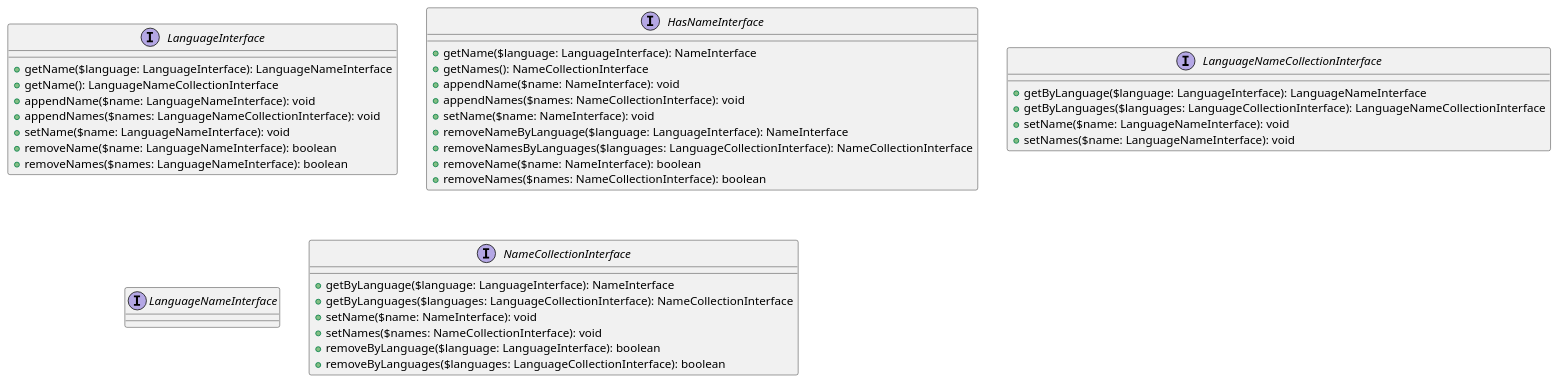
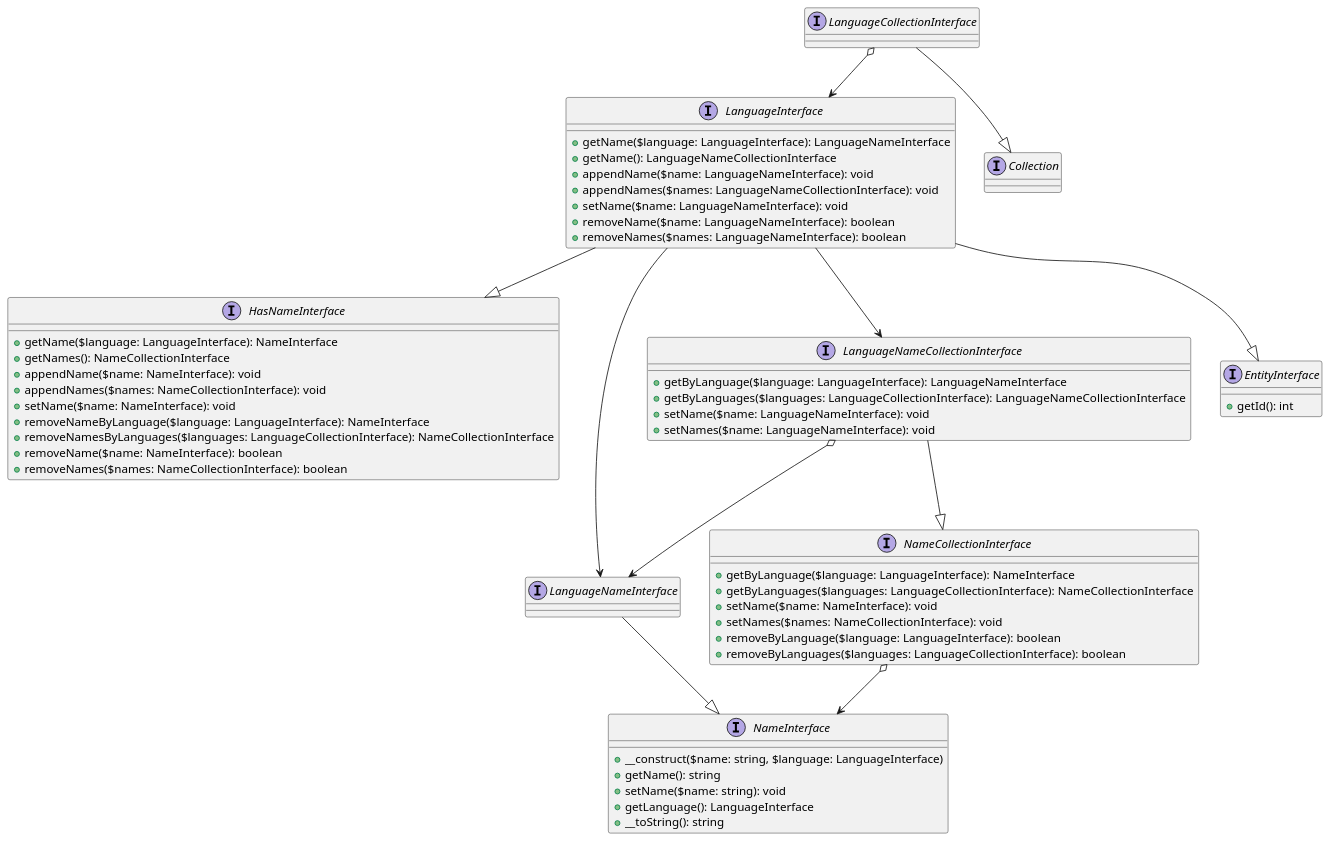
One commit to NUOCW/ocw-cms changed the diagram in doc/diagram/NUOCW/CoreBundle/Entity/Common/Language.puml. Above: the diagram before and after it, drawn with PlantUML.

Commit message:
前回に続きCommonのUML図をPlantUML化しました。

```diff
--- a/doc/diagram/NUOCW/CoreBundle/Entity/Common/Language.puml
+++ b/doc/diagram/NUOCW/CoreBundle/Entity/Common/Language.puml
@@ -1,45 +1,77 @@
 @startuml
 
 interface LanguageInterface{
     +getName($language: LanguageInterface): LanguageNameInterface
     +getName(): LanguageNameCollectionInterface
     +appendName($name: LanguageNameInterface): void
     +appendNames($names: LanguageNameCollectionInterface): void
     +setName($name: LanguageNameInterface): void
     +removeName($name: LanguageNameInterface): boolean
     +removeNames($names: LanguageNameInterface): boolean
 }
 
 interface HasNameInterface{
     +getName($language: LanguageInterface): NameInterface
     +getNames(): NameCollectionInterface
     +appendName($name: NameInterface): void
     +appendNames($names: NameCollectionInterface): void
     +setName($name: NameInterface): void
     +removeNameByLanguage($language: LanguageInterface): NameInterface
     +removeNamesByLanguages($languages: LanguageCollectionInterface): NameCollectionInterface
     +removeName($name: NameInterface): boolean
     +removeNames($names: NameCollectionInterface): boolean
 }
 
 interface LanguageNameCollectionInterface{
     +getByLanguage($language: LanguageInterface): LanguageNameInterface
     +getByLanguages($languages: LanguageCollectionInterface): LanguageNameCollectionInterface
     +setName($name: LanguageNameInterface): void
     +setNames($name: LanguageNameInterface): void
 }
 
 interface LanguageNameInterface{
 }
 
 interface NameCollectionInterface{
     +getByLanguage($language: LanguageInterface): NameInterface
     +getByLanguages($languages: LanguageCollectionInterface): NameCollectionInterface
     +setName($name: NameInterface): void
     +setNames($names: NameCollectionInterface): void
     +removeByLanguage($language: LanguageInterface): boolean
     +removeByLanguages($languages: LanguageCollectionInterface): boolean
 }
 
+interface NameInterface{
+    +__construct($name: string, $language: LanguageInterface)
+    +getName(): string
+    +setName($name: string): void
+    +getLanguage(): LanguageInterface
+    +__toString(): string
+}
+
+interface EntityInterface{
+    +getId(): int
+}
+
+interface LanguageCollectionInterface{
+}
+
+interface Collection{
+}
+
+LanguageCollectionInterface --|> Collection
+LanguageCollectionInterface o--> LanguageInterface
+
+LanguageInterface --|> EntityInterface
+LanguageInterface --|> HasNameInterface
+LanguageInterface --> LanguageNameCollectionInterface
+LanguageInterface --> LanguageNameInterface
+
+LanguageNameCollectionInterface o--> LanguageNameInterface
+LanguageNameCollectionInterface --|> NameCollectionInterface
+
+LanguageNameInterface --|> NameInterface
+
+NameCollectionInterface o--> NameInterface
 
 @enduml
```
